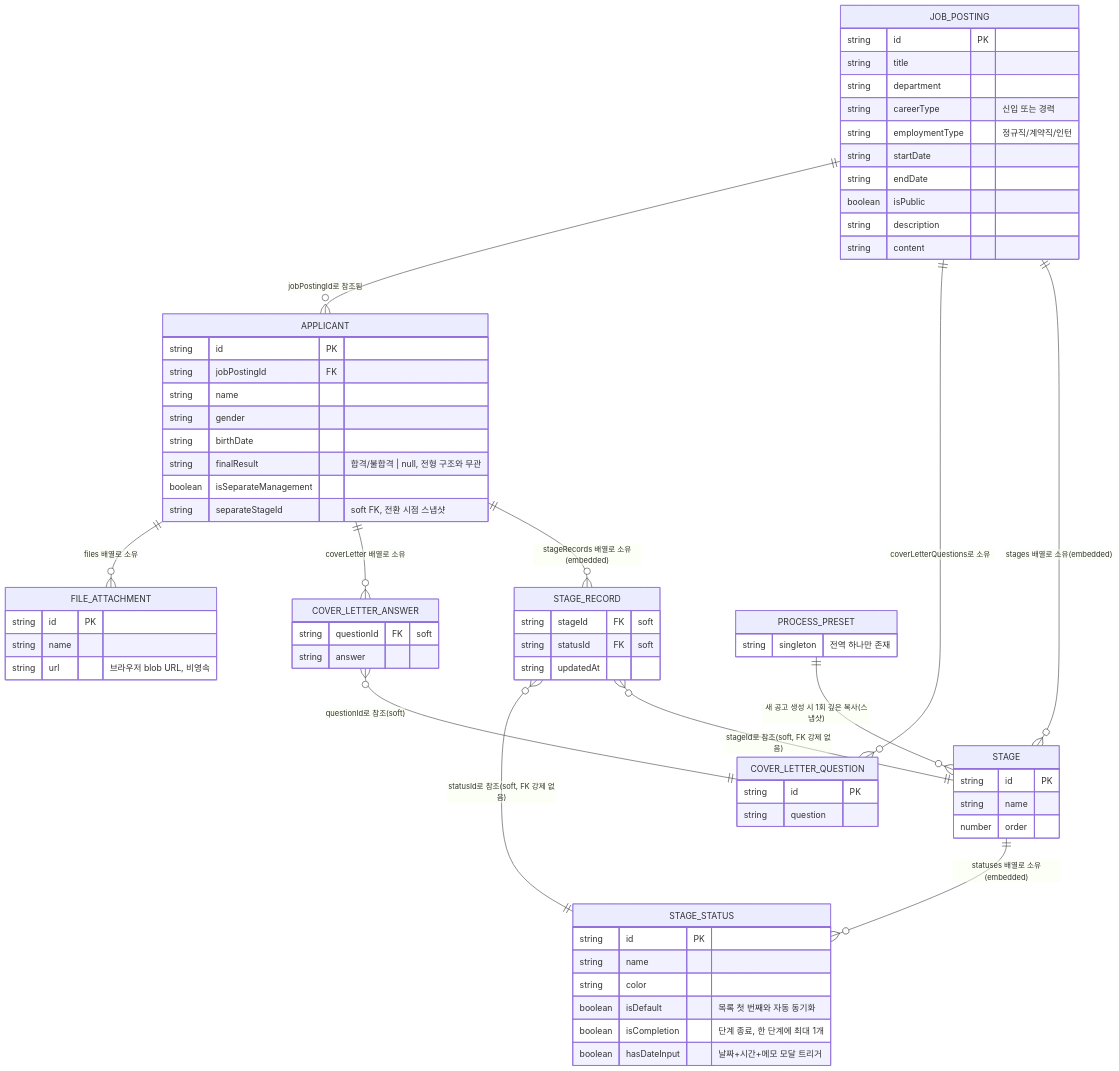
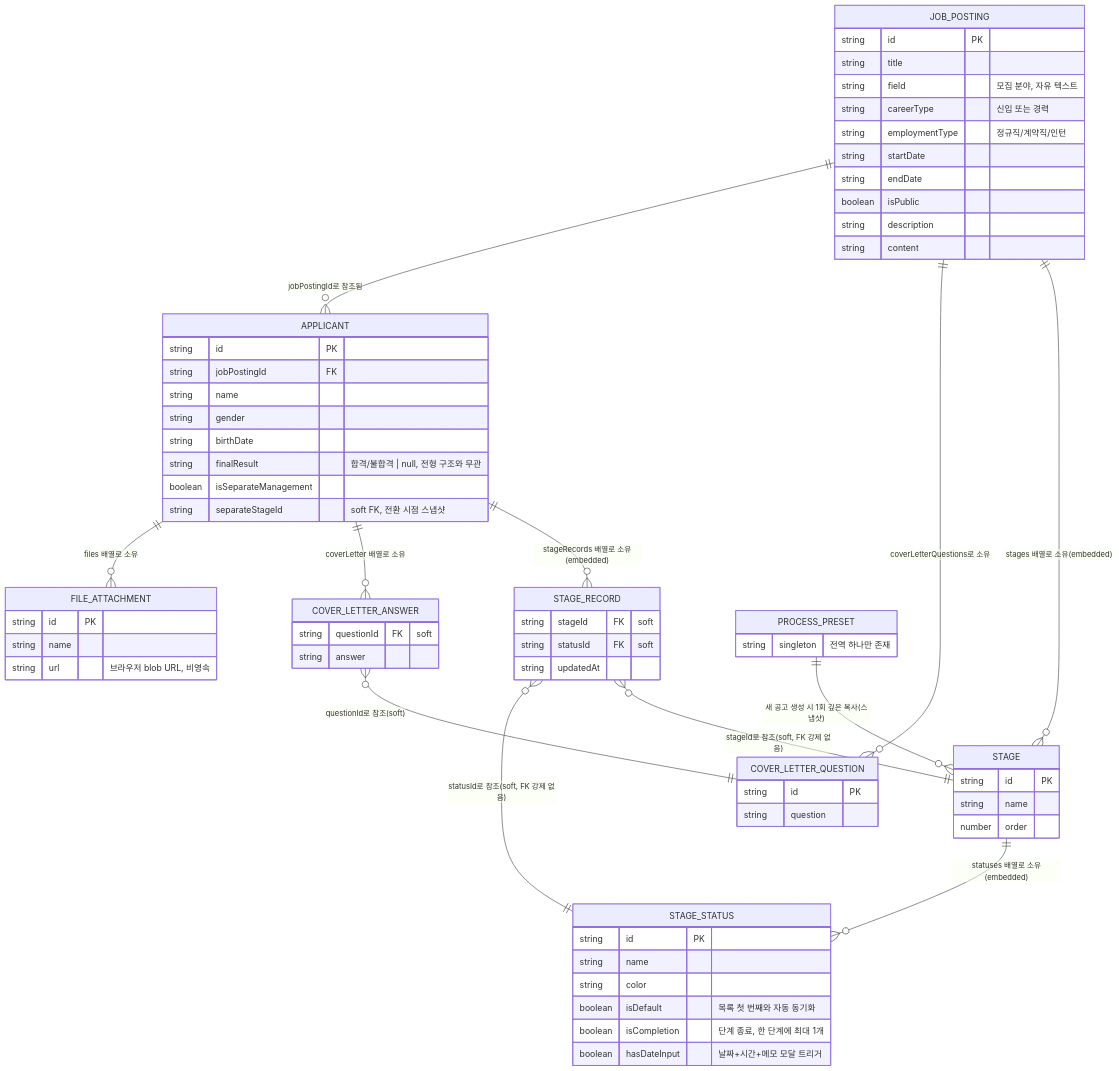
One commit to kkiwing/pnc-recruit changed the diagram in docs/functional-spec.md. Above: the diagram before and after it, drawn with Mermaid. The commit also changed other lines of this file and 17 other files, not shown here.

````diff
--- a/docs/functional-spec.md
+++ b/docs/functional-spec.md
@@ -22,71 +22,71 @@
 ```mermaid
 erDiagram
     JOB_POSTING ||--o{ STAGE : "stages 배열로 소유(embedded)"
     STAGE ||--o{ STAGE_STATUS : "statuses 배열로 소유(embedded)"
     JOB_POSTING ||--o{ COVER_LETTER_QUESTION : "coverLetterQuestions로 소유"
     JOB_POSTING ||--o{ APPLICANT : "jobPostingId로 참조됨"
     APPLICANT ||--o{ STAGE_RECORD : "stageRecords 배열로 소유(embedded)"
     APPLICANT ||--o{ COVER_LETTER_ANSWER : "coverLetter 배열로 소유"
     APPLICANT ||--o{ FILE_ATTACHMENT : "files 배열로 소유"
     STAGE_RECORD }o--|| STAGE : "stageId로 참조(soft, FK 강제 없음)"
     STAGE_RECORD }o--|| STAGE_STATUS : "statusId로 참조(soft, FK 강제 없음)"
     COVER_LETTER_ANSWER }o--|| COVER_LETTER_QUESTION : "questionId로 참조(soft)"
     PROCESS_PRESET ||--o{ STAGE : "새 공고 생성 시 1회 깊은 복사(스냅샷)"
 
     JOB_POSTING {
         string id PK
         string title
-        string department
+        string field "모집 분야, 자유 텍스트"
         string careerType "신입 또는 경력"
         string employmentType "정규직/계약직/인턴"
         string startDate
         string endDate
         boolean isPublic
         string description
         string content
     }
     STAGE {
         string id PK
         string name
         number order
     }
     STAGE_STATUS {
         string id PK
         string name
         string color
         boolean isDefault "목록 첫 번째와 자동 동기화"
         boolean isCompletion "단계 종료, 한 단계에 최대 1개"
         boolean hasDateInput "날짜+시간+메모 모달 트리거"
     }
     APPLICANT {
         string id PK
         string jobPostingId FK
         string name
         string gender
         string birthDate
         string finalResult "합격/불합격 | null, 전형 구조와 무관"
         boolean isSeparateManagement
         string separateStageId "soft FK, 전환 시점 스냅샷"
     }
     STAGE_RECORD {
         string stageId FK "soft"
         string statusId FK "soft"
         string updatedAt
     }
     COVER_LETTER_QUESTION {
         string id PK
         string question
     }
     COVER_LETTER_ANSWER {
         string questionId FK "soft"
         string answer
     }
     FILE_ATTACHMENT {
         string id PK
         string name
         string url "브라우저 blob URL, 비영속"
     }
     PROCESS_PRESET {
         string singleton "전역 하나만 존재"
     }
 ```
````
